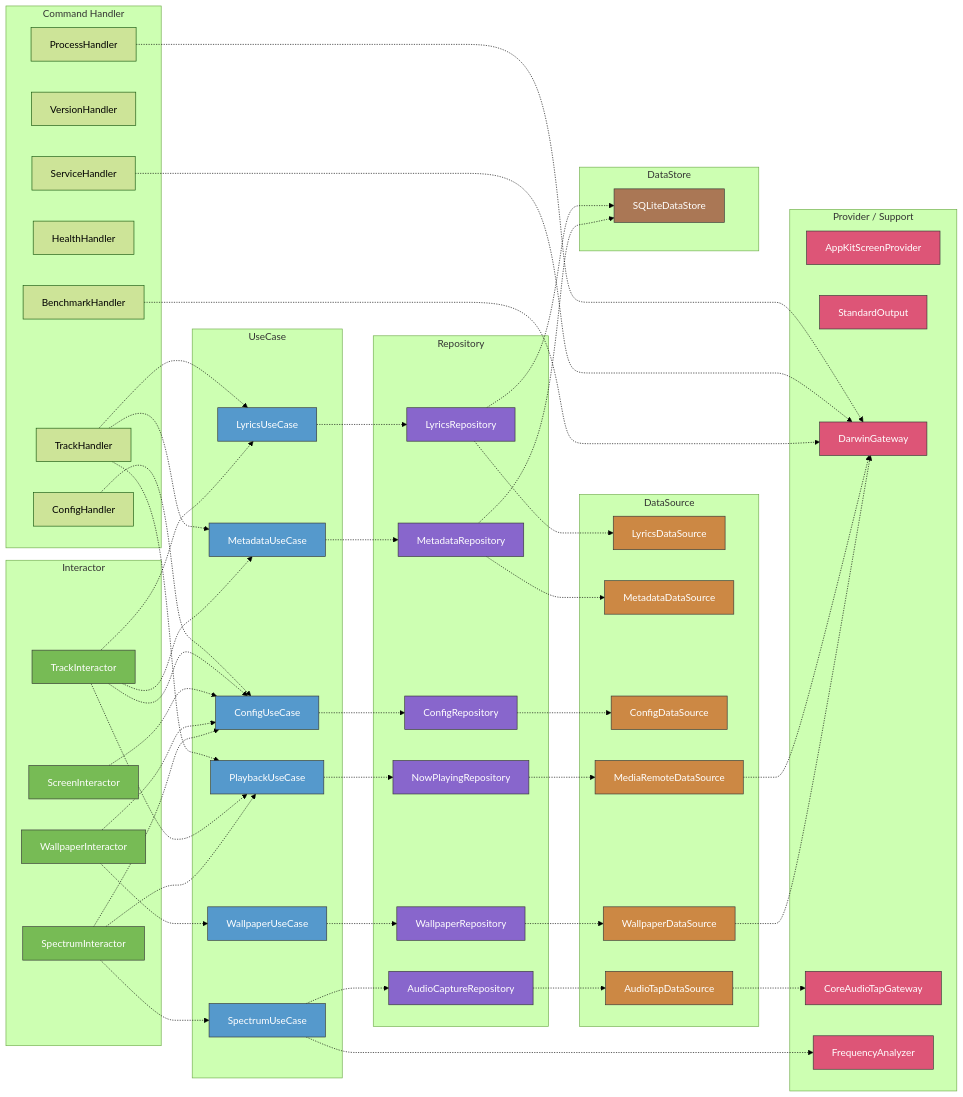
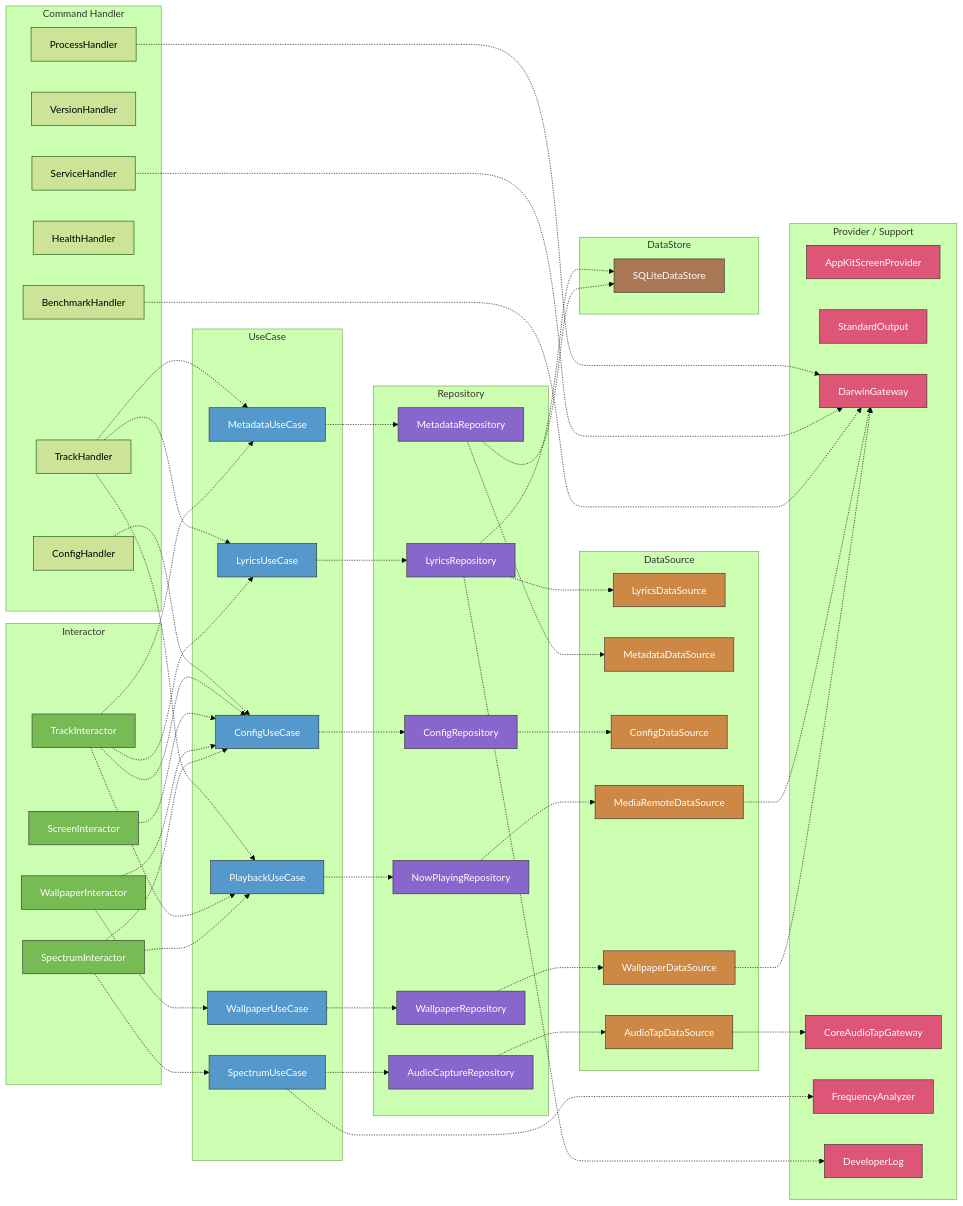
One commit to GeneralD/lyra changed the second of 3 diagrams in docs/ARCHITECTURE.md. Above: the diagram before and after it, drawn with Mermaid (forest theme). The commit also changed other lines of this file and 17 other files, not shown here.

````diff
--- a/docs/ARCHITECTURE.md
+++ b/docs/ARCHITECTURE.md
@@ -145,6 +145,7 @@
         DarwinGateway[DarwinGateway]
         CoreAudioTapGateway[CoreAudioTapGateway]
         FrequencyAnalyzer[FrequencyAnalyzer]
+        DeveloperLog[DeveloperLog]
     end
 
     subgraph DataStore
@@ -168,7 +169,7 @@
     PlaybackUseCase -.-> NowPlayingRepository
     NowPlayingRepository -.-> MediaRemoteDataSource
     LyricsUseCase -.-> LyricsRepository
-    LyricsRepository -.-> LyricsDataSource & SQLiteDataStore
+    LyricsRepository -.-> LyricsDataSource & SQLiteDataStore & DeveloperLog
     MetadataUseCase -.-> MetadataRepository
     MetadataRepository -.-> MetadataDataSource & SQLiteDataStore
     WallpaperUseCase -.-> WallpaperRepository
@@ -204,5 +205,6 @@
     style DarwinGateway fill:#d57,stroke:#333,color:#fff
     style CoreAudioTapGateway fill:#d57,stroke:#333,color:#fff
     style FrequencyAnalyzer fill:#d57,stroke:#333,color:#fff
+    style DeveloperLog fill:#d57,stroke:#333,color:#fff
     style SQLiteDataStore fill:#a75,stroke:#333,color:#fff
 ```
````
